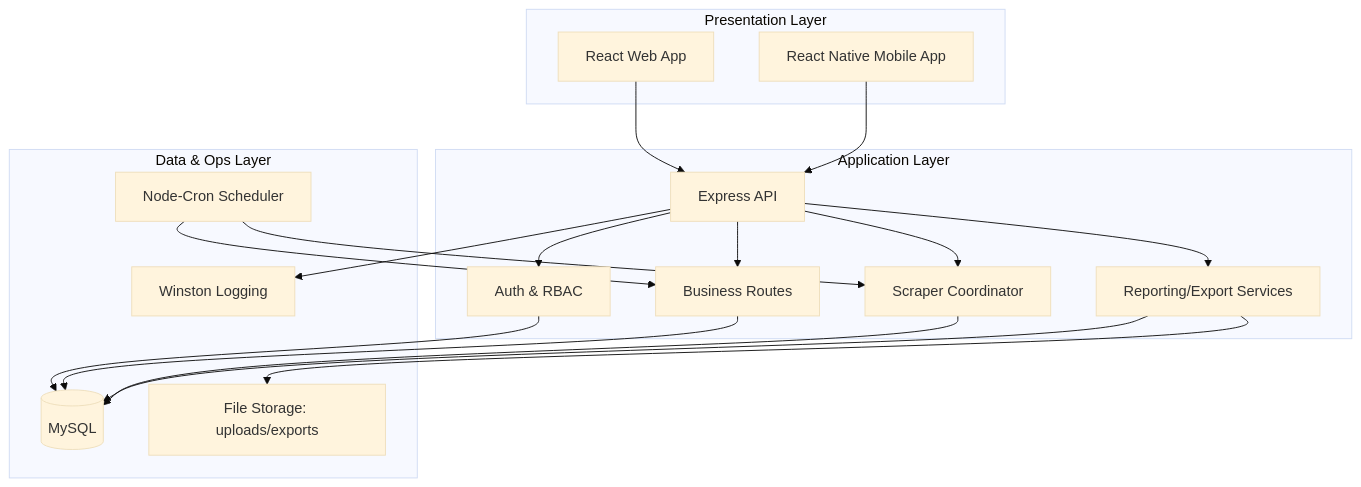
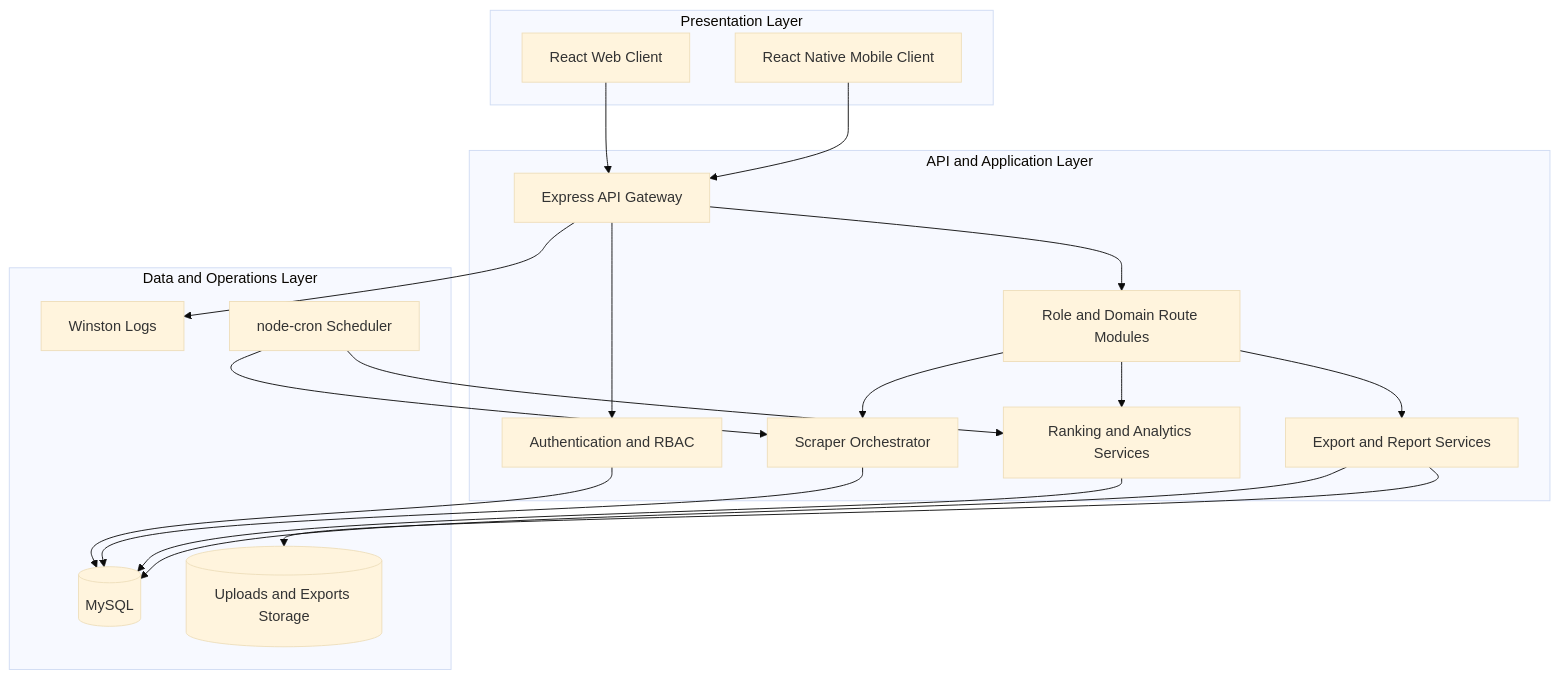
The first of 10 diagrams in architecture.md (ramalokeshreddyp/code_to_win), drawn with Mermaid (base theme) before and after one commit. The commit also changed other lines of this file and 35 other files, not shown here.

````diff
--- a/architecture.md
+++ b/architecture.md
@@ -18,38 +21,42 @@
 ```mermaid
 graph TB
   subgraph Presentation Layer
-    W[React Web App]
-    M[React Native Mobile App]
+    WEB[React Web Client]
+    MOB[React Native Mobile Client]
   end
 
-  subgraph Application Layer
-    A[Express API]
-    AU[Auth & RBAC]
-    BR[Business Routes]
-    SC[Scraper Coordinator]
-    RP[Reporting/Export Services]
+  subgraph API and Application Layer
+    API[Express API Gateway]
+    AUTH[Authentication and RBAC]
+    DOMAIN[Role and Domain Route Modules]
+    SCRAPE[Scraper Orchestrator]
+    ANALYTICS[Ranking and Analytics Services]
+    REPORT[Export and Report Services]
   end
 
-  subgraph Data & Ops Layer
+  subgraph Data and Operations Layer
     DB[(MySQL)]
-    FS[File Storage: uploads/exports]
-    LG[Winston Logging]
-    CR[Node-Cron Scheduler]
+    STORE[(Uploads and Exports Storage)]
+    LOGS[Winston Logs]
+    SCHED[node-cron Scheduler]
   end
 
-  W --> A
-  M --> A
-  A --> AU
-  A --> BR
-  A --> SC
-  A --> RP
+  WEB --> API
+  MOB --> API
 
-  AU --> DB
-  BR --> DB
-  SC --> DB
-  RP --> DB
-  RP --> FS
-  A --> LG
-  CR --> SC
-  CR --> BR
+  API --> AUTH
+  API --> DOMAIN
+  DOMAIN --> SCRAPE
+  DOMAIN --> ANALYTICS
+  DOMAIN --> REPORT
+
+  AUTH --> DB
+  SCRAPE --> DB
+  ANALYTICS --> DB
+  REPORT --> DB
+  REPORT --> STORE
+
+  API --> LOGS
+  SCHED --> SCRAPE
+  SCHED --> ANALYTICS
 ```
````
